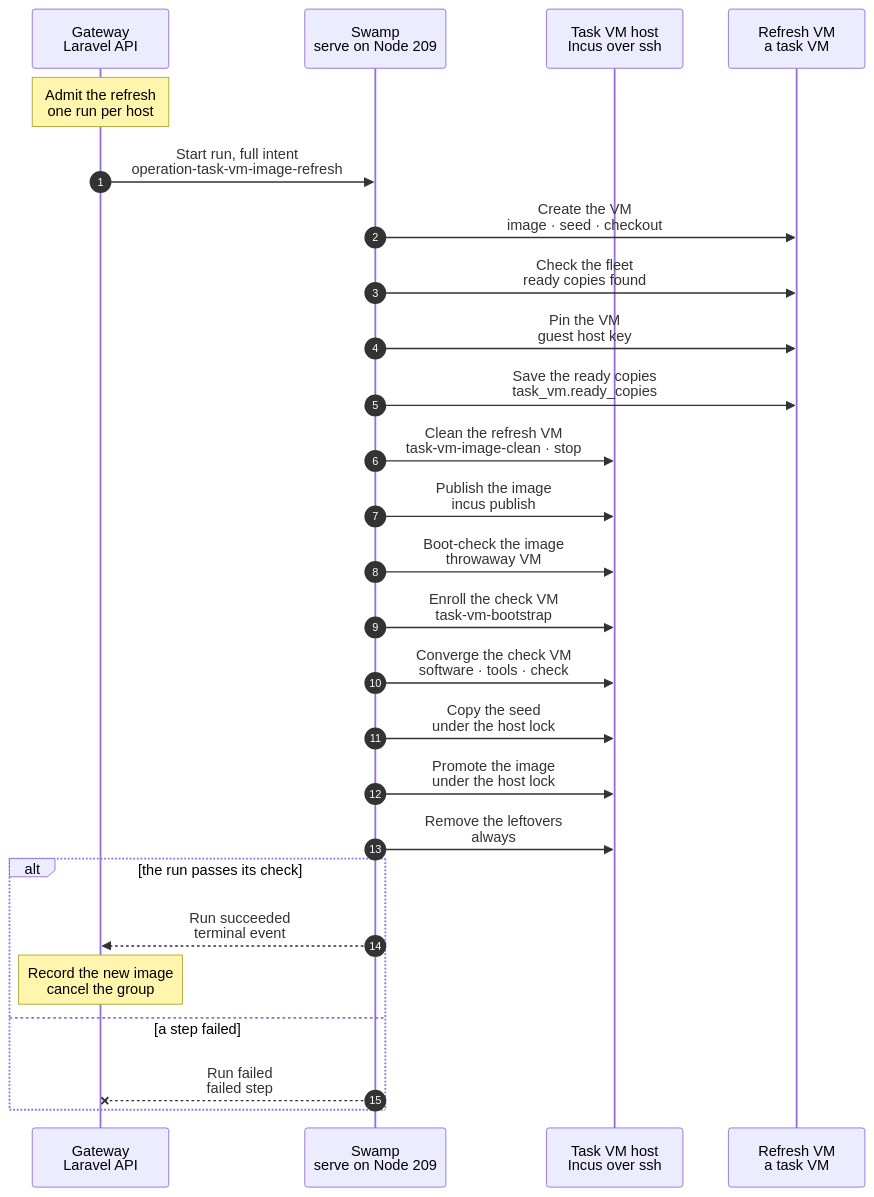
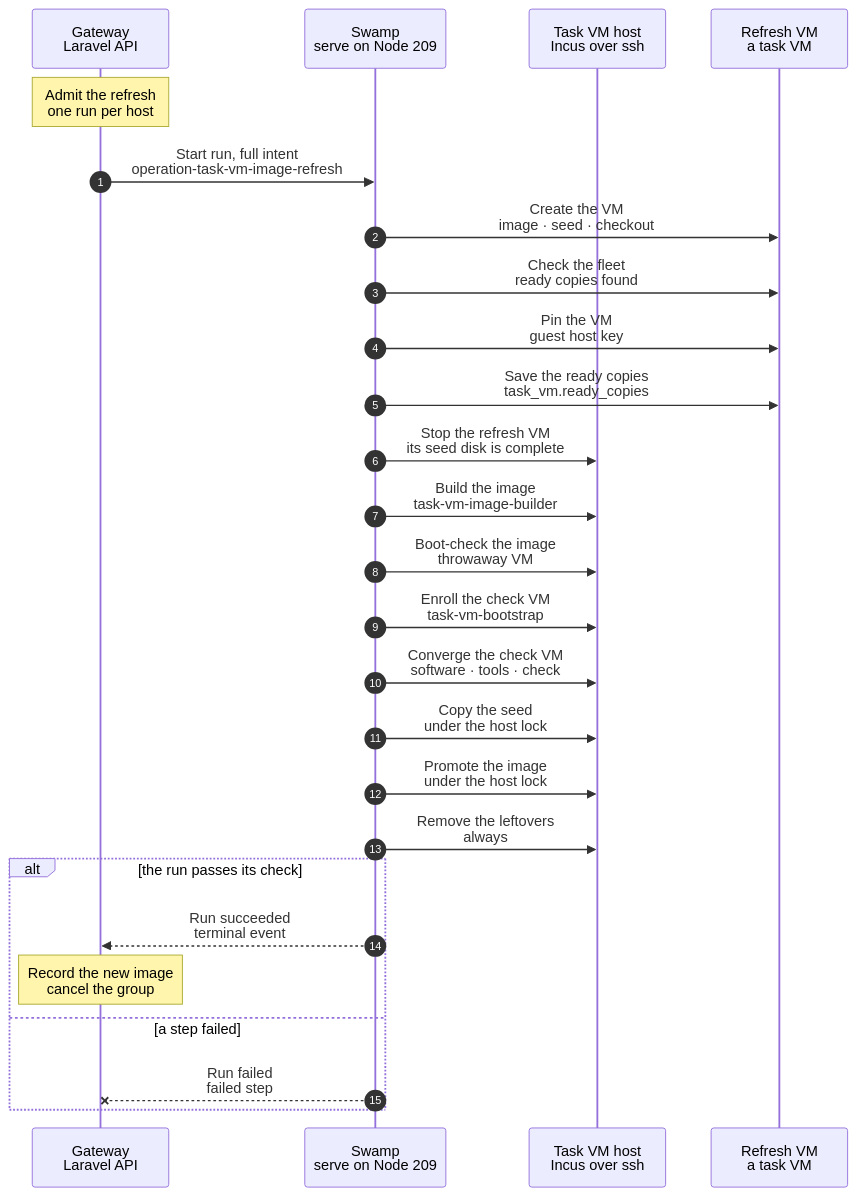
Before and after one commit to hardimpactdev/orbit: the diagram in docs/cli/tasks/vm-image-refresh.mmd, drawn with Mermaid. The commit also changed 1 other file, not shown here.

Commit message:
docs(pipeline): publish the task image from a clean builder (#2907)
* docs(pipeline): publish the task image from a clean builder

* docs(pipeline): the clean builder is one shared child, and the chart names its risks

---------

```diff
--- a/docs/cli/tasks/vm-image-refresh.mmd
+++ b/docs/cli/tasks/vm-image-refresh.mmd
@@ -1,70 +1,72 @@
 sequenceDiagram
   %% Target design: the run that refreshes the task image and the topology seed of one task VM host (stage 6, docs/reference/pipeline/6-task-image-seed-refresh.mmd). It is the per-host part of that chart, as built.
   %% status: draft
   %% command: none · task-vms:refresh-image on the Gateway host
   %% kind: task_vm.image_refresh
   autonumber
   %% lane GW icon=gateway pill=intent tone=blue
   %% lane SW icon=workflow pill=executes tone=green
   %% lane H icon=server pill=target tone=amber
   %% lane VM icon=server pill=refresh VM tone=purple
   participant GW as Gateway<br/>Laravel API
   participant SW as Swamp<br/>serve on Node 209
   participant H as Task VM host<br/>Incus over ssh
   participant VM as Refresh VM<br/>a task VM
   Note over GW: Admit the refresh<br/>one run per host
   %%> Started by:
   %%> - the release projection, when the release that went live changed playbooks, pins or lock files; a daily Gateway schedule; and the operator commands `php artisan task-vms:refresh-image HOST` and `task-vms:refresh-images`
   %%> Requirements:
   %%> - an active, configured task VM host with a promoted image and no image build running, and a Gateway release with a commit
   %%> Result:
   %%> - a group of its own in the proof Project, placed on this host only, and the full intent recorded; a second admission for the host returns the open run
   GW->>SW: Start run, full intent<br/>operation-task-vm-image-refresh
   SW->>VM: Create the VM<br/>image · seed · checkout
   %%> What it does:
   %%> - the child `operation-task-provision`: a task VM from the image the host promoted last, with a clone of its seed, the checkout of the release commit, the converge of the outer VM and the nested fleet from the ready copies
   SW->>VM: Check the fleet<br/>ready copies found
   %%> What it does:
   %%> - an assert on the receipt of the VM step: the nested fleet started from the ready copies; a seed without usable ready copies fails the run here, before anything is published
   SW->>VM: Pin the VM<br/>guest host key
   %%> What it does:
   %%> - fills the host key the VM step observed into the ready copies intent
   SW->>VM: Save the ready copies<br/>task_vm.ready_copies
   %%> What it does:
   %%> - the child `operation-task-vm-ready-copies`: key-free, self-contained copies in the seed disk, boot-checked
-  SW->>H: Clean the refresh VM<br/>task-vm-image-clean · stop
+  SW->>H: Stop the refresh VM<br/>its seed disk is complete
   %%> What it does:
-  %%> - the child `task-vm-image-clean` through `incus exec`, which the image build calls too for its builder: removes the nested guests and network, the WireGuard key, the observer identity and secret, the Pi token, the model key, the Club key and the checkout
-  %%> - resets cloud-init, the machine-id and the SSH host keys, trims the disk and stops the VM
-  SW->>H: Publish the image<br/>incus publish
+  %%> - `incus stop` of the refresh VM: it yields only its seed disk and is never published
+  SW->>H: Build the image<br/>task-vm-image-builder
   %%> What it does:
-  %%> - publishes the stopped VM under a candidate alias and reads its fingerprint
+  %%> - the child `task-vm-image-builder`, shared with the image build: `incus init` of the builder from the image the refresh VM started from (its fingerprint), with the cloud-init key of Node 209; waits for the guest agent and cloud-init
+  %%> - runs the phases `software`, `tools` and `check` (the child `task-vm-image-ansible`), asserts that the builder has no `topology-seed` pool, cleans and stops it (the child `task-vm-image-clean`)
+  %%> - publishes the stopped builder under a candidate alias and reads its fingerprint
+  %%> - the builder is never enrolled and has no seed
   SW->>H: Boot-check the image<br/>throwaway VM
   %%> What it does:
   %%> - the child `task-vm-image-smoke`, as in the image build: a throwaway VM from the candidate and the check phase of the task VM role on it
   SW->>H: Enroll the check VM<br/>task-vm-bootstrap
   %%> What it does:
   %%> - the child `task-vm-bootstrap` on the throwaway VM of the boot check: the account, the key, the sudoers file and the observer install with their checks, the same steps as an enrollment
   SW->>H: Converge the check VM<br/>software · tools · check
   %%> What it does:
   %%> - the child `task-vm-image-ansible` with the phases of a provision converge on the same VM; the promotion waits for this step and the one before
   SW->>H: Copy the seed<br/>under the host lock
   %%> What it does:
   %%> - copies the seed disk of the refresh VM to the seed name of the new fingerprint, then `zfs promote` so refreshes form no clone chain
   SW->>H: Promote the image<br/>under the host lock
   %%> What it does:
   %%> - the child `task-vm-image-promote`, as in the image build: the alias moves to the new image and the old image keeps the alias `-previous`; the old seed stays under its own name
   SW->>H: Remove the leftovers<br/>always
   %%> What it does:
-  %%> - removes the check VM; when the alias does not point at the new image, also the candidate image and the new seed
+  %%> - removes the builder and the check VM; when the alias does not point at the new image, also the candidate image and the new seed
   alt the run passes its check
     SW-->>GW: Run succeeded<br/>terminal event
     Note over GW: Record the new image<br/>cancel the group
     %%> Result:
     %%> - the new image is the host's latest promoted build, with the recipe identity of the release
     %%> - the cancel of the group destroys the refresh VM
   else a step failed
     SW--xGW: Run failed<br/>failed step
     %%> On failure:
     %%> - the host keeps the image and the seed it had; the group is cancelled and the refresh VM destroyed
   end
```
